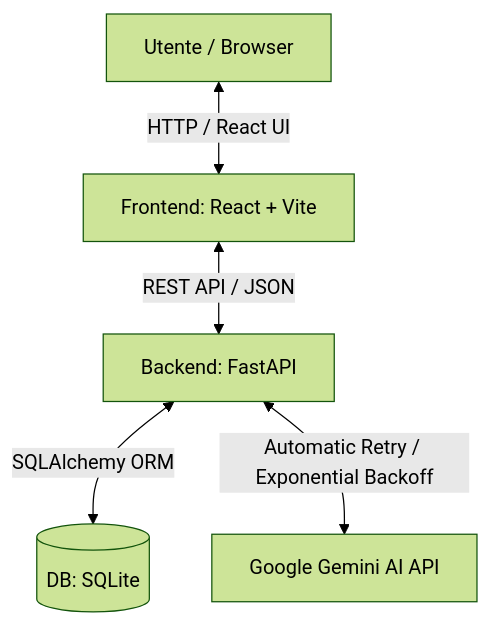
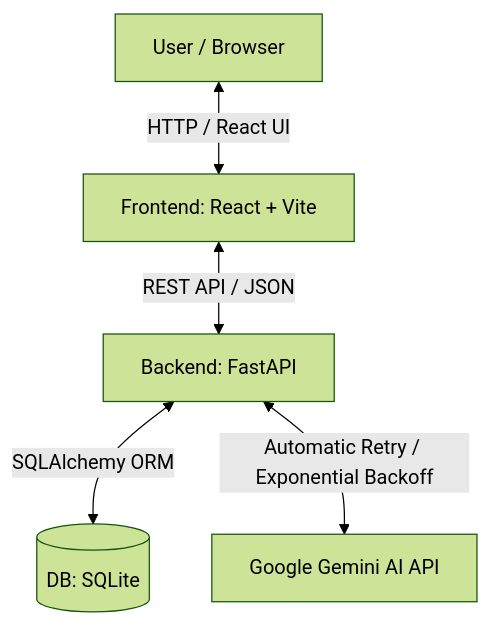
The diagram in README.md (Vale007-web/smart-support-inbox), drawn with Mermaid (forest theme) before and after one commit. The commit also changed other lines of this file and 1 other file, not shown here.

````diff
--- a/README.md
+++ b/README.md
@@ -51,7 +51,7 @@
 ```mermaid
 graph TD
-    A[Utente / Browser] <-->|HTTP / React UI| B[Frontend: React + Vite]
+    A[User / Browser] <-->|HTTP / React UI| B[Frontend: React + Vite]
     B <-->|REST API / JSON| C[Backend: FastAPI]
     C <-->|SQLAlchemy ORM| D[(DB: SQLite)]
     C <-->|Automatic Retry / Exponential Backoff| E[Google Gemini AI API]
 ```
````
